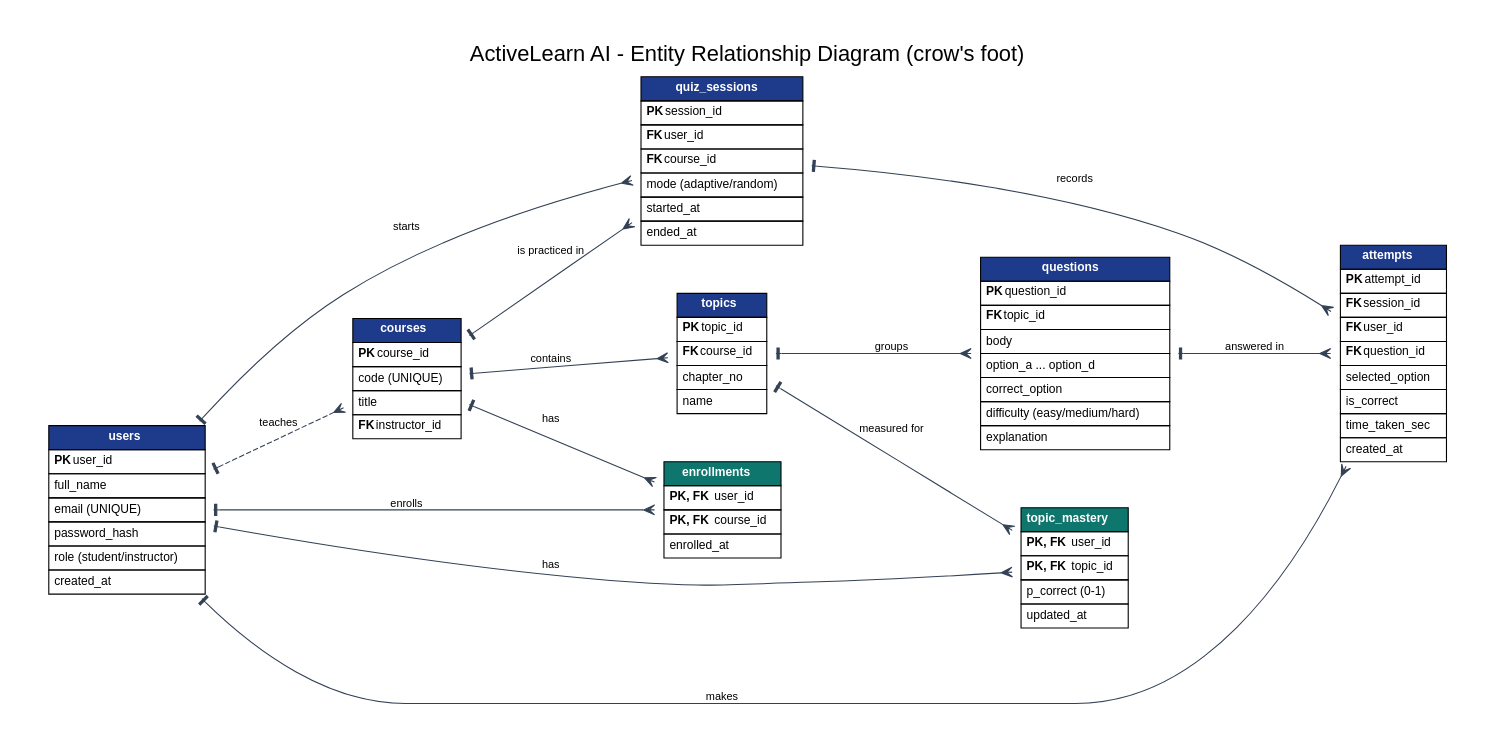
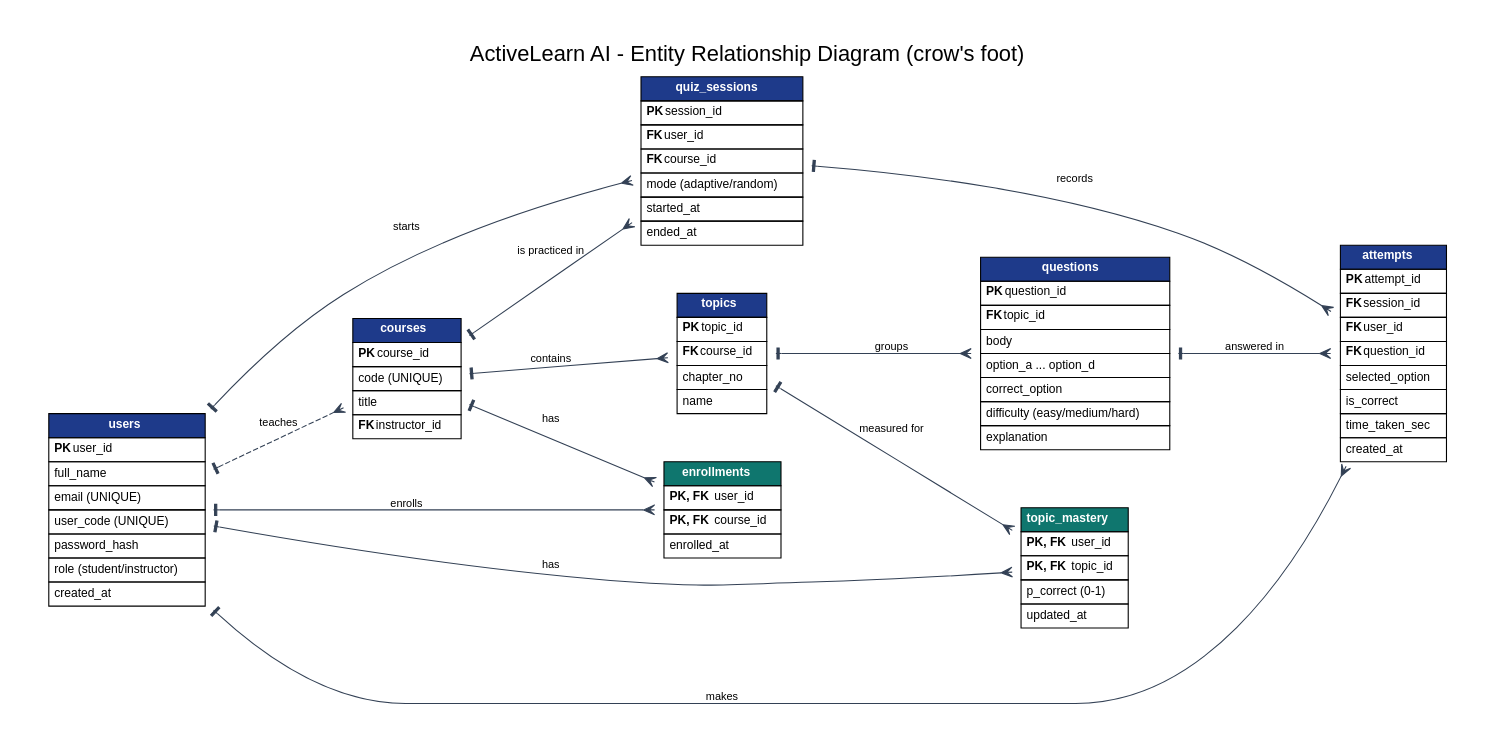
Before and after one commit to omar-SciTech/ActiveLearn-AI: the diagram in database/erd.dot, drawn with Graphviz. The commit also changed 15 other files, not shown here.

```diff
--- a/database/erd.dot
+++ b/database/erd.dot
@@ -1,84 +1,85 @@
 digraph ERD {
   graph [rankdir=LR, fontname="Helvetica", bgcolor="white", pad=0.4, nodesep=0.5, ranksep=1.1, label="ActiveLearn AI - Entity Relationship Diagram (crow's foot)", labelloc=t, fontsize=20];
   node  [shape=plaintext, fontname="Helvetica", fontsize=11];
   edge  [fontname="Helvetica", fontsize=10, arrowhead=crow, arrowtail=tee, dir=both, color="#334155"];
 
   users [label=<<TABLE BORDER="0" CELLBORDER="1" CELLSPACING="0" CELLPADDING="4">
     <TR><TD BGCOLOR="#1e3a8a"><FONT COLOR="white"><B>users</B></FONT></TD></TR>
     <TR><TD ALIGN="LEFT"><B>PK</B> user_id</TD></TR>
     <TR><TD ALIGN="LEFT">full_name</TD></TR>
     <TR><TD ALIGN="LEFT">email (UNIQUE)</TD></TR>
+    <TR><TD ALIGN="LEFT">user_code (UNIQUE)</TD></TR>
     <TR><TD ALIGN="LEFT">password_hash</TD></TR>
     <TR><TD ALIGN="LEFT">role (student/instructor)</TD></TR>
     <TR><TD ALIGN="LEFT">created_at</TD></TR></TABLE>>];
 
   courses [label=<<TABLE BORDER="0" CELLBORDER="1" CELLSPACING="0" CELLPADDING="4">
     <TR><TD BGCOLOR="#1e3a8a"><FONT COLOR="white"><B>courses</B></FONT></TD></TR>
     <TR><TD ALIGN="LEFT"><B>PK</B> course_id</TD></TR>
     <TR><TD ALIGN="LEFT">code (UNIQUE)</TD></TR>
     <TR><TD ALIGN="LEFT">title</TD></TR>
     <TR><TD ALIGN="LEFT"><B>FK</B> instructor_id</TD></TR></TABLE>>];
 
   enrollments [label=<<TABLE BORDER="0" CELLBORDER="1" CELLSPACING="0" CELLPADDING="4">
     <TR><TD BGCOLOR="#0f766e"><FONT COLOR="white"><B>enrollments</B></FONT></TD></TR>
     <TR><TD ALIGN="LEFT"><B>PK, FK</B> user_id</TD></TR>
     <TR><TD ALIGN="LEFT"><B>PK, FK</B> course_id</TD></TR>
     <TR><TD ALIGN="LEFT">enrolled_at</TD></TR></TABLE>>];
 
   topics [label=<<TABLE BORDER="0" CELLBORDER="1" CELLSPACING="0" CELLPADDING="4">
     <TR><TD BGCOLOR="#1e3a8a"><FONT COLOR="white"><B>topics</B></FONT></TD></TR>
     <TR><TD ALIGN="LEFT"><B>PK</B> topic_id</TD></TR>
     <TR><TD ALIGN="LEFT"><B>FK</B> course_id</TD></TR>
     <TR><TD ALIGN="LEFT">chapter_no</TD></TR>
     <TR><TD ALIGN="LEFT">name</TD></TR></TABLE>>];
 
   questions [label=<<TABLE BORDER="0" CELLBORDER="1" CELLSPACING="0" CELLPADDING="4">
     <TR><TD BGCOLOR="#1e3a8a"><FONT COLOR="white"><B>questions</B></FONT></TD></TR>
     <TR><TD ALIGN="LEFT"><B>PK</B> question_id</TD></TR>
     <TR><TD ALIGN="LEFT"><B>FK</B> topic_id</TD></TR>
     <TR><TD ALIGN="LEFT">body</TD></TR>
     <TR><TD ALIGN="LEFT">option_a ... option_d</TD></TR>
     <TR><TD ALIGN="LEFT">correct_option</TD></TR>
     <TR><TD ALIGN="LEFT">difficulty (easy/medium/hard)</TD></TR>
     <TR><TD ALIGN="LEFT">explanation</TD></TR></TABLE>>];
 
   quiz_sessions [label=<<TABLE BORDER="0" CELLBORDER="1" CELLSPACING="0" CELLPADDING="4">
     <TR><TD BGCOLOR="#1e3a8a"><FONT COLOR="white"><B>quiz_sessions</B></FONT></TD></TR>
     <TR><TD ALIGN="LEFT"><B>PK</B> session_id</TD></TR>
     <TR><TD ALIGN="LEFT"><B>FK</B> user_id</TD></TR>
     <TR><TD ALIGN="LEFT"><B>FK</B> course_id</TD></TR>
     <TR><TD ALIGN="LEFT">mode (adaptive/random)</TD></TR>
     <TR><TD ALIGN="LEFT">started_at</TD></TR>
     <TR><TD ALIGN="LEFT">ended_at</TD></TR></TABLE>>];
 
   attempts [label=<<TABLE BORDER="0" CELLBORDER="1" CELLSPACING="0" CELLPADDING="4">
     <TR><TD BGCOLOR="#1e3a8a"><FONT COLOR="white"><B>attempts</B></FONT></TD></TR>
     <TR><TD ALIGN="LEFT"><B>PK</B> attempt_id</TD></TR>
     <TR><TD ALIGN="LEFT"><B>FK</B> session_id</TD></TR>
     <TR><TD ALIGN="LEFT"><B>FK</B> user_id</TD></TR>
     <TR><TD ALIGN="LEFT"><B>FK</B> question_id</TD></TR>
     <TR><TD ALIGN="LEFT">selected_option</TD></TR>
     <TR><TD ALIGN="LEFT">is_correct</TD></TR>
     <TR><TD ALIGN="LEFT">time_taken_sec</TD></TR>
     <TR><TD ALIGN="LEFT">created_at</TD></TR></TABLE>>];
 
   topic_mastery [label=<<TABLE BORDER="0" CELLBORDER="1" CELLSPACING="0" CELLPADDING="4">
     <TR><TD BGCOLOR="#0f766e"><FONT COLOR="white"><B>topic_mastery</B></FONT></TD></TR>
     <TR><TD ALIGN="LEFT"><B>PK, FK</B> user_id</TD></TR>
     <TR><TD ALIGN="LEFT"><B>PK, FK</B> topic_id</TD></TR>
     <TR><TD ALIGN="LEFT">p_correct (0-1)</TD></TR>
     <TR><TD ALIGN="LEFT">updated_at</TD></TR></TABLE>>];
 
   users -> enrollments [label="enrolls"];
   courses -> enrollments [label="has"];
   users -> courses [label="teaches", style=dashed];
   courses -> topics [label="contains"];
   topics -> questions [label="groups"];
   users -> quiz_sessions [label="starts"];
   courses -> quiz_sessions [label="is practiced in"];
   quiz_sessions -> attempts [label="records"];
   users -> attempts [label="makes"];
   questions -> attempts [label="answered in"];
   users -> topic_mastery [label="has"];
   topics -> topic_mastery [label="measured for"];
 }
```
